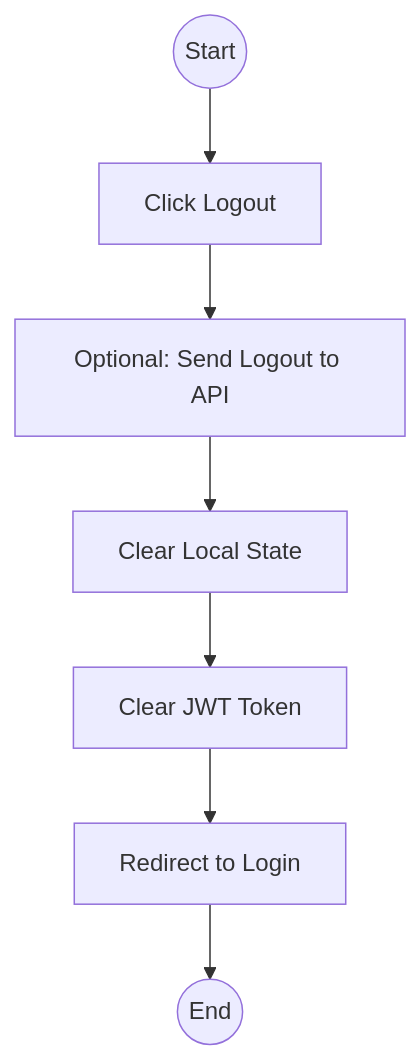
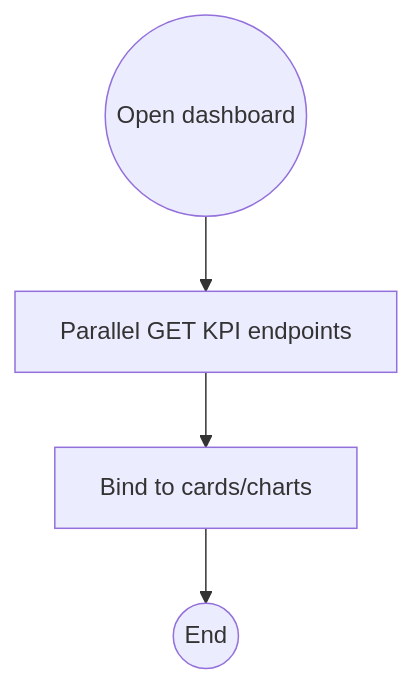
Before and after one commit to kirtika-0102/StockSmart: diagram 11 of 11 in docs/application-flow.md, drawn with Mermaid. The commit also changed other lines of this file and 74 other files, not shown here.

Commit message:
architecture of application

````diff
--- a/docs/application-flow.md
+++ b/docs/application-flow.md
@@ -290,9 +133,6 @@
 ```mermaid
 flowchart TD
-    Start((Start)) --> ClickLogout[Click Logout]
-    ClickLogout --> SendReq[Optional: Send Logout to API]
-    SendReq --> ClearState[Clear Local State]
-    ClearState --> ClearToken[Clear JWT Token]
-    ClearToken --> RouteLogin[Redirect to Login]
-    RouteLogin --> End((End))
+    Start((Open dashboard)) --> Calls[Parallel GET KPI endpoints]
+    Calls --> Bind[Bind to cards/charts]
+    Bind --> End((End))
 ```
````
